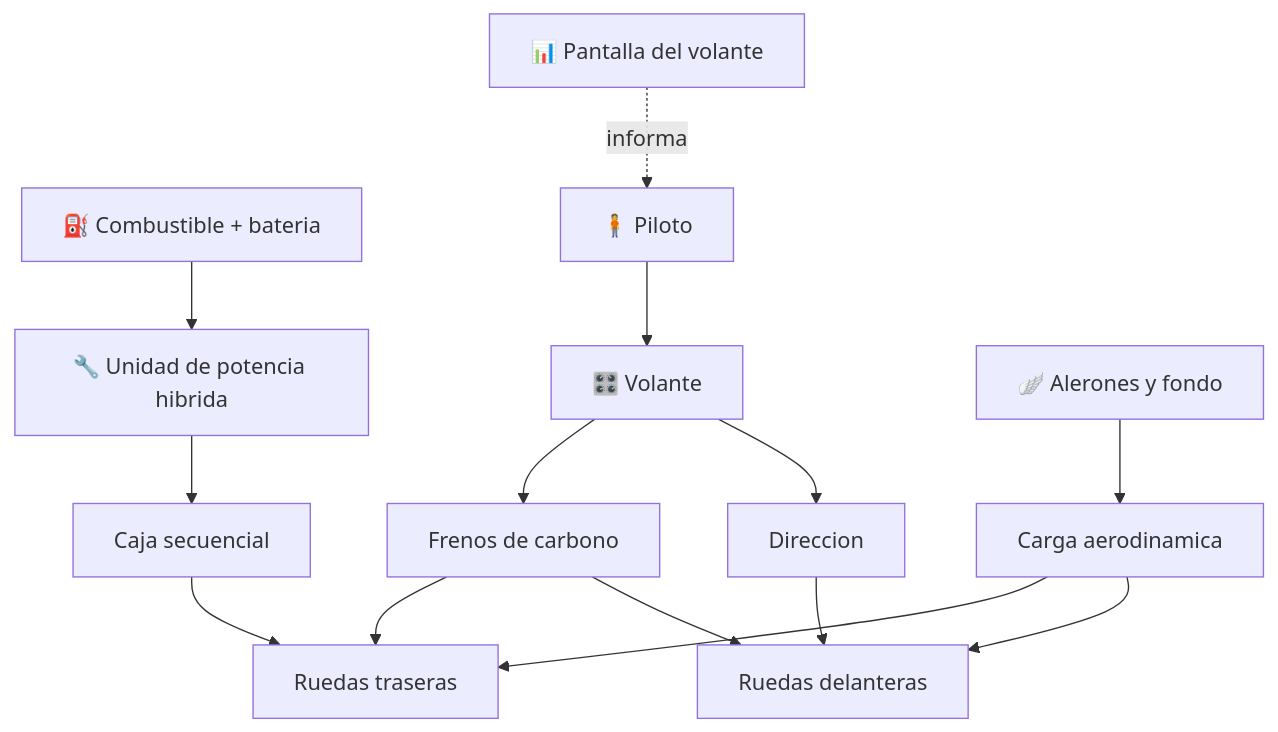
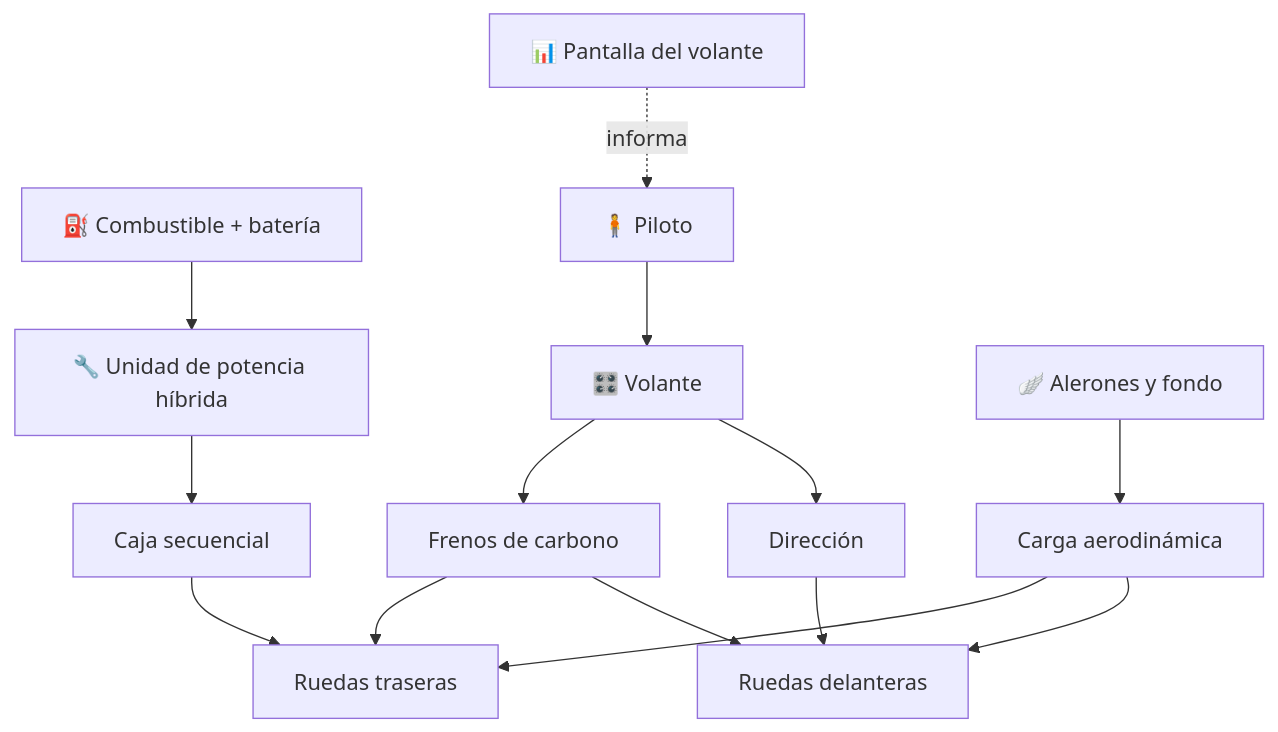
The diagram in vehiculos/formula-1/README.md (vladimiracunadev-create/machine-operator-program), drawn with Mermaid before and after one commit. The commit also changed other lines of this file and 442 other files, not shown here.

````diff
--- a/vehiculos/formula-1/README.md
+++ b/vehiculos/formula-1/README.md
@@ -32,16 +32,16 @@
 ```mermaid
 flowchart TD
-    Combustible[⛽ Combustible + bateria] --> PU[🔧 Unidad de potencia hibrida]
+    Combustible[⛽ Combustible + batería] --> PU[🔧 Unidad de potencia híbrida]
     PU --> Caja[Caja secuencial]
     Caja --> RuedaT[Ruedas traseras]
-    Volante[🎛️ Volante] --> Direccion[Direccion]
+    Volante[🎛️ Volante] --> Direccion[Dirección]
     Direccion --> RuedaD[Ruedas delanteras]
     Volante --> Frenos[Frenos de carbono]
     Frenos --> RuedaD
     Frenos --> RuedaT
-    Aero[🪽 Alerones y fondo] --> Carga[Carga aerodinamica]
+    Aero[🪽 Alerones y fondo] --> Carga[Carga aerodinámica]
     Carga --> RuedaD
     Carga --> RuedaT
     Tablero[📊 Pantalla del volante] -. informa .-> Piloto[🧍 Piloto]
     Piloto --> Volante
 ```
````
